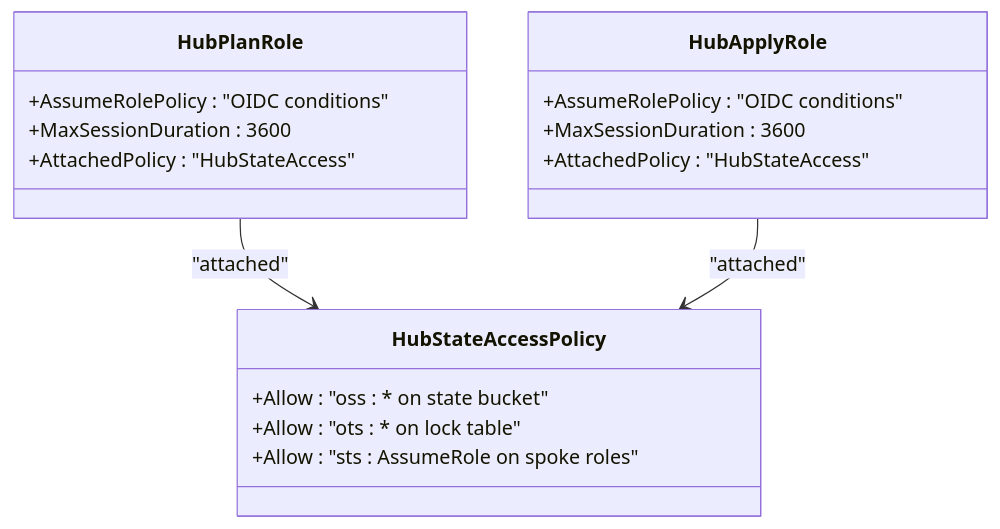
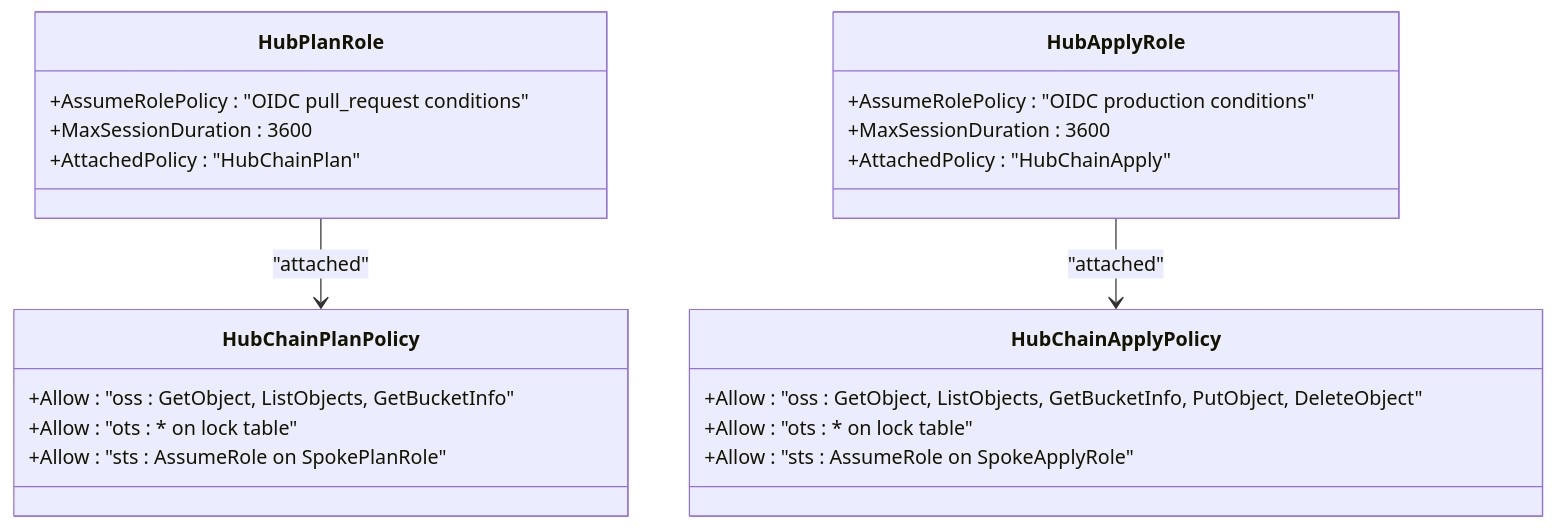
One commit to AlibabaCloudLandingZone/alibabacloud-landingzone-accelerator-github-demo changed the fifth of 9 diagrams in .qoder/repowiki/en/content/Bootstrap Infrastructure/CI_CD Foundation.md. Above: the diagram before and after it, drawn with Mermaid. The commit also changed other lines of this file and 34 other files, not shown here.

````diff
--- a/.qoder/repowiki/en/content/Bootstrap Infrastructure/CI_CD Foundation.md
+++ b/.qoder/repowiki/en/content/Bootstrap Infrastructure/CI_CD Foundation.md
@@ -187,20 +237,25 @@
 ```mermaid
 classDiagram
 class HubPlanRole {
-+AssumeRolePolicy : "OIDC conditions"
++AssumeRolePolicy : "OIDC pull_request conditions"
 +MaxSessionDuration : 3600
-+AttachedPolicy : "HubStateAccess"
++AttachedPolicy : "HubChainPlan"
 }
 class HubApplyRole {
-+AssumeRolePolicy : "OIDC conditions"
++AssumeRolePolicy : "OIDC production conditions"
 +MaxSessionDuration : 3600
-+AttachedPolicy : "HubStateAccess"
++AttachedPolicy : "HubChainApply"
 }
-class HubStateAccessPolicy {
-+Allow : "oss : * on state bucket"
+class HubChainPlanPolicy {
++Allow : "oss : GetObject, ListObjects, GetBucketInfo"
 +Allow : "ots : * on lock table"
-+Allow : "sts : AssumeRole on spoke roles"
++Allow : "sts : AssumeRole on SpokePlanRole"
 }
-HubPlanRole --> HubStateAccessPolicy : "attached"
-HubApplyRole --> HubStateAccessPolicy : "attached"
+class HubChainApplyPolicy {
++Allow : "oss : GetObject, ListObjects, GetBucketInfo, PutObject, DeleteObject"
++Allow : "ots : * on lock table"
++Allow : "sts : AssumeRole on SpokeApplyRole"
+}
+HubPlanRole --> HubChainPlanPolicy : "attached"
+HubApplyRole --> HubChainApplyPolicy : "attached"
 ```
````
